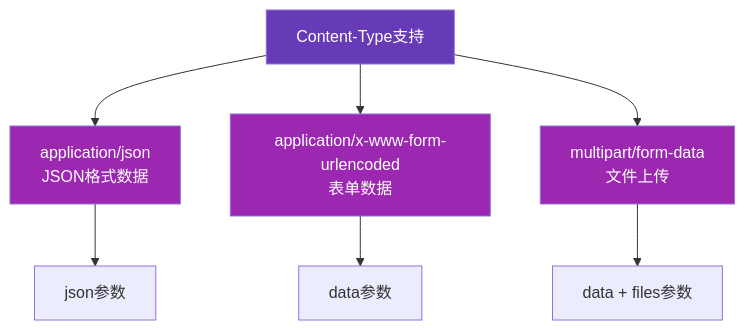
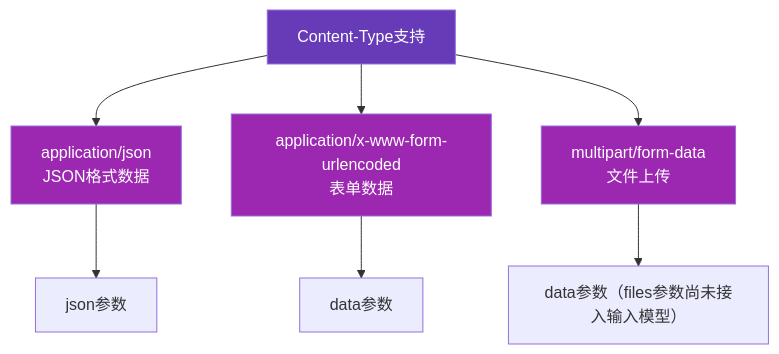
The eighth of 17 diagrams in design/call/api.md (HongyuS/euler-copilot-framework), drawn with Mermaid before and after one commit. The commit also changed other lines of this file and 7 other files, not shown here.

````diff
--- a/design/call/api.md
+++ b/design/call/api.md
@@ -426,16 +426,16 @@
 ```mermaid
 graph TB
     ContentType[Content-Type支持]
     ContentType --> JSON[application/json<br/>JSON格式数据]
     ContentType --> Form[application/x-www-form-urlencoded<br/>表单数据]
     ContentType --> Multipart[multipart/form-data<br/>文件上传]
 
     JSON --> JSONHandler[json参数]
     Form --> FormHandler[data参数]
-    Multipart --> MultipartHandler[data + files参数]
+    Multipart --> MultipartHandler[data参数（files参数尚未接入输入模型）]
 
     style ContentType fill:#673ab7,color:#fff
     style JSON fill:#9c27b0,color:#fff
     style Form fill:#9c27b0,color:#fff
     style Multipart fill:#9c27b0,color:#fff
 ```
````
